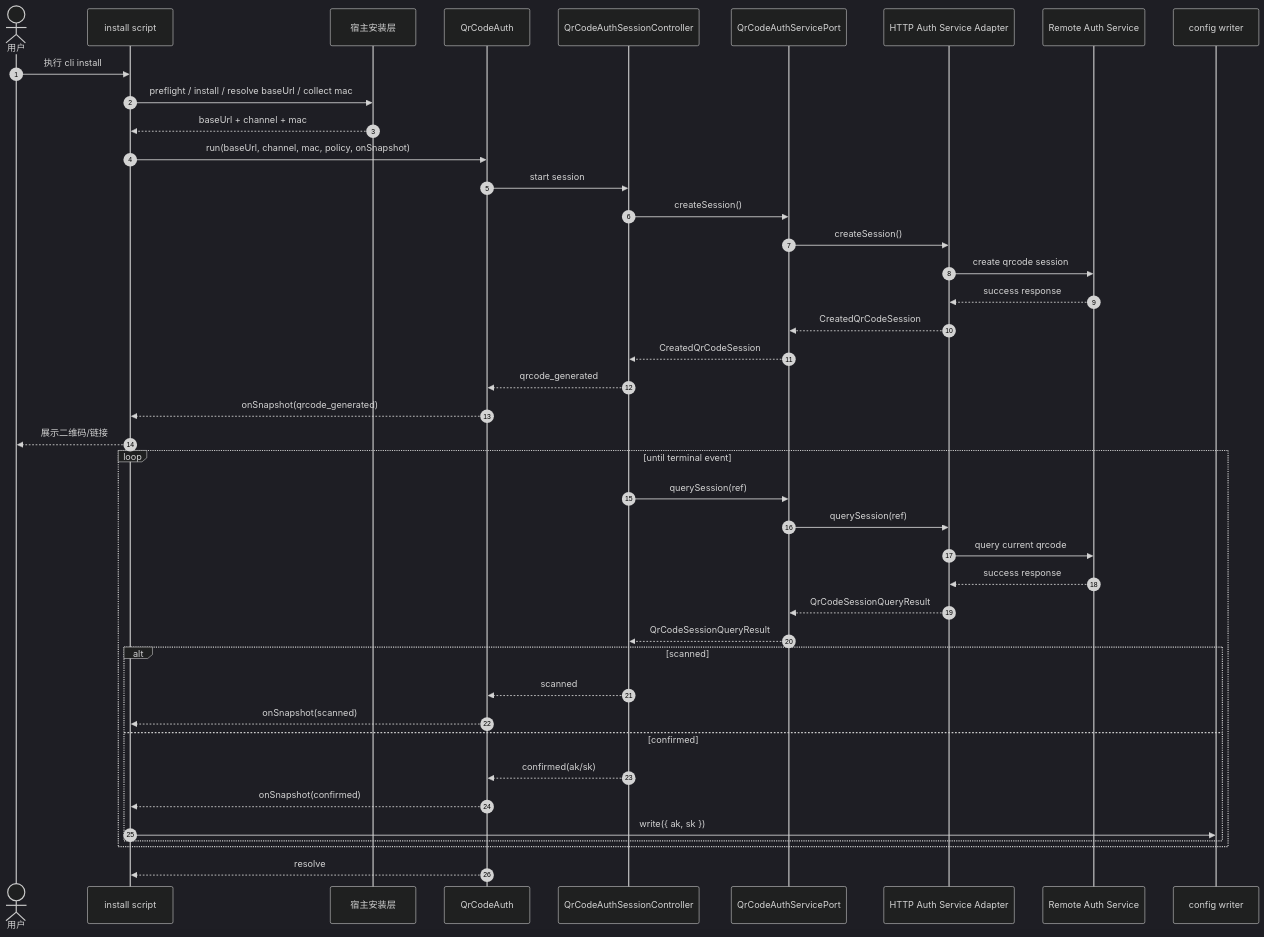
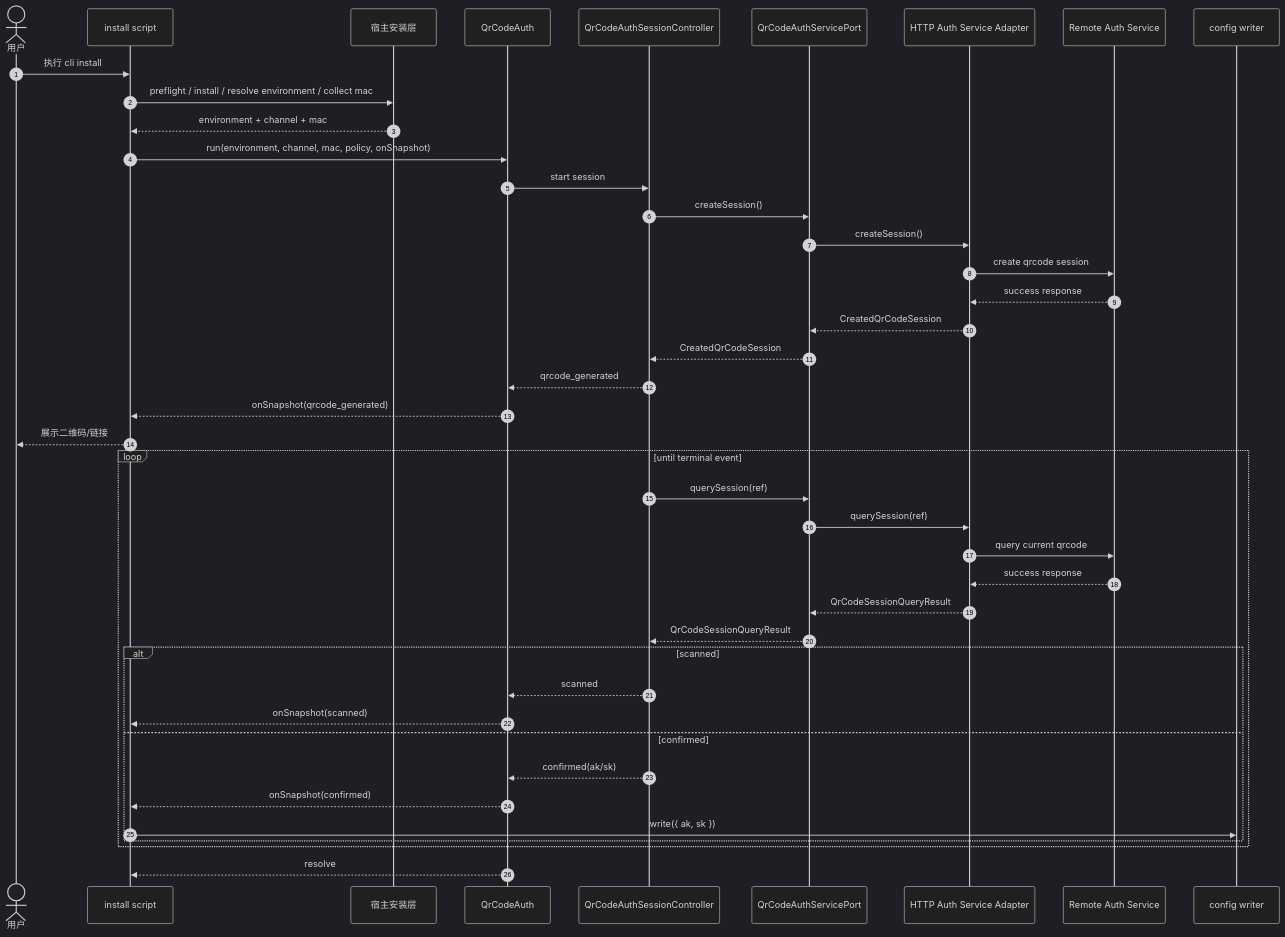
Before and after one commit to yuzhangCZ/agent-plugin: the third of 5 diagrams in docs/design/qrcode-auth-session-solution.md, drawn with Mermaid (dark theme). The commit also changed other lines of this file and 11 other files, not shown here.

````diff
--- a/docs/design/qrcode-auth-session-solution.md
+++ b/docs/design/qrcode-auth-session-solution.md
@@ -470,47 +473,47 @@
 ```mermaid
 sequenceDiagram
     autonumber
     actor User as 用户
     participant Script as install script
     participant Host as 宿主安装层
     participant API as QrCodeAuth
     participant Controller as QrCodeAuthSessionController
     participant Port as QrCodeAuthServicePort
     participant Adapter as HTTP Auth Service Adapter
     participant Remote as Remote Auth Service
     participant Writer as config writer
 
     User->>Script: 执行 cli install
-    Script->>Host: preflight / install / resolve baseUrl / collect mac
-    Host-->>Script: baseUrl + channel + mac
-    Script->>API: run(baseUrl, channel, mac, policy, onSnapshot)
+    Script->>Host: preflight / install / resolve environment / collect mac
+    Host-->>Script: environment + channel + mac
+    Script->>API: run(environment, channel, mac, policy, onSnapshot)
     API->>Controller: start session
     Controller->>Port: createSession()
     Port->>Adapter: createSession()
     Adapter->>Remote: create qrcode session
     Remote-->>Adapter: success response
     Adapter-->>Port: CreatedQrCodeSession
     Port-->>Controller: CreatedQrCodeSession
     Controller-->>API: qrcode_generated
     API-->>Script: onSnapshot(qrcode_generated)
     Script-->>User: 展示二维码/链接
 
     loop until terminal event
       Controller->>Port: querySession(ref)
       Port->>Adapter: querySession(ref)
       Adapter->>Remote: query current qrcode
       Remote-->>Adapter: success response
       Adapter-->>Port: QrCodeSessionQueryResult
       Port-->>Controller: QrCodeSessionQueryResult
       alt scanned
         Controller-->>API: scanned
         API-->>Script: onSnapshot(scanned)
       else confirmed
         Controller-->>API: confirmed(ak/sk)
         API-->>Script: onSnapshot(confirmed)
         Script->>Writer: write({ ak, sk })
       end
     end
 
     API-->>Script: resolve
 ```
````
